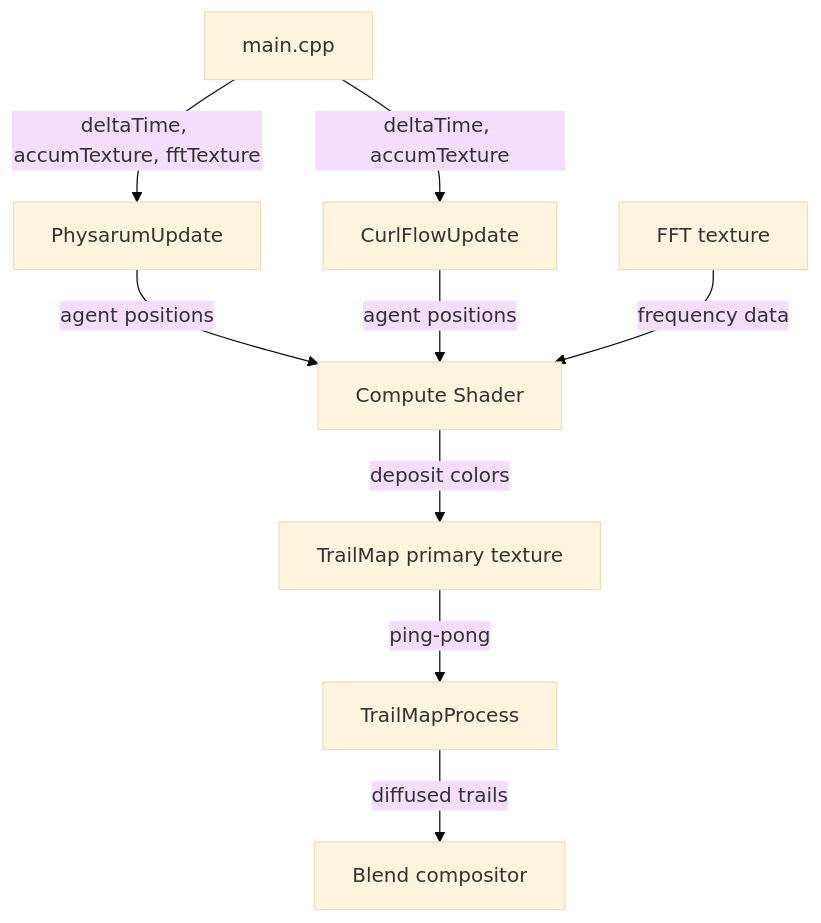
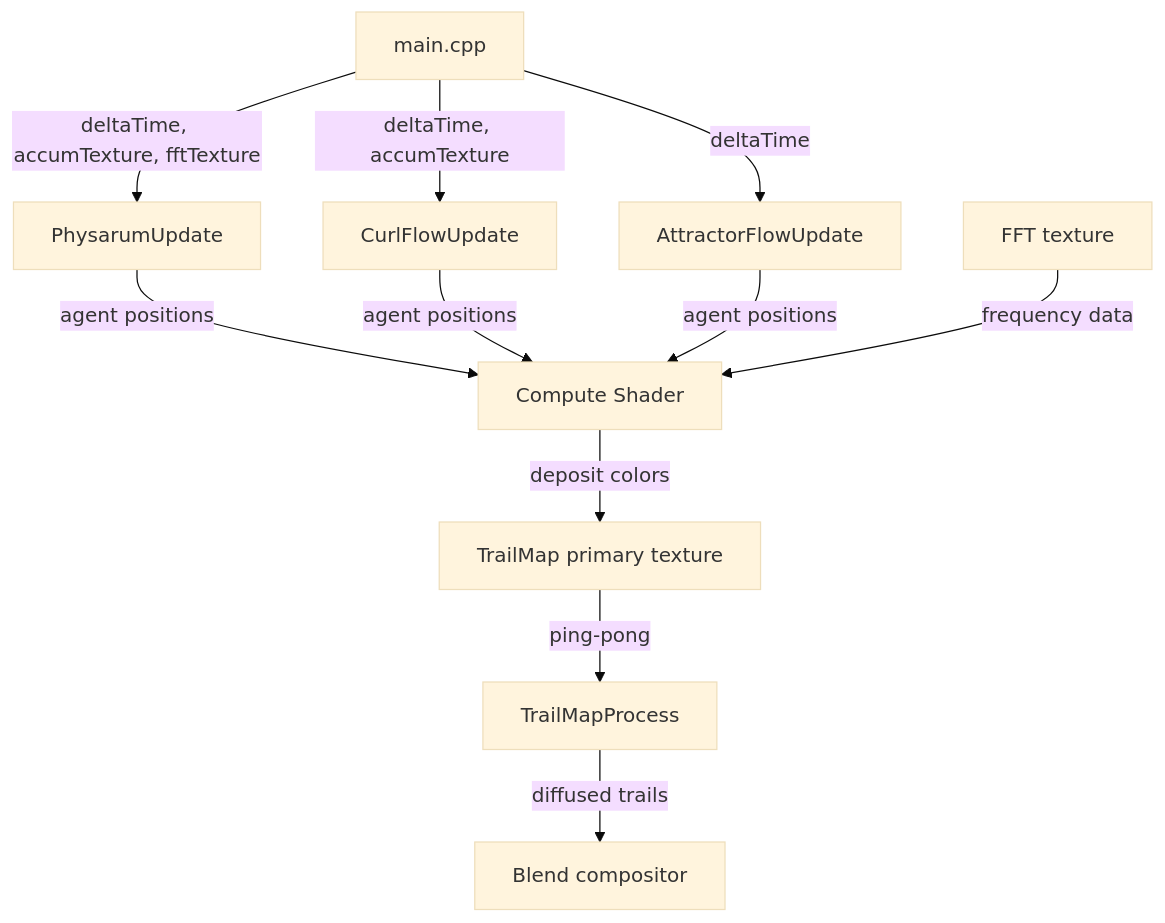
One commit to EvanLavender13/audio-jones changed the diagram in docs/modules/simulation.md. Above: the diagram before and after it, drawn with Mermaid (base theme). The commit also changed other lines of this file and 5 other files, not shown here.

First line of the commit message:
Sync architecture docs with Attractor Flow and render pipeline changes

````diff
--- a/docs/modules/simulation.md
+++ b/docs/modules/simulation.md
@@ -14,11 +15,13 @@
 ```mermaid
 graph TD
     A[main.cpp] -->|deltaTime, accumTexture, fftTexture| B[PhysarumUpdate]
     A -->|deltaTime, accumTexture| C[CurlFlowUpdate]
-    B -->|agent positions| D[Compute Shader]
-    C -->|agent positions| D
-    D -->|deposit colors| E[TrailMap primary texture]
-    E -->|ping-pong| F[TrailMapProcess]
-    F -->|diffused trails| G[Blend compositor]
-    H[FFT texture] -->|frequency data| D
+    A -->|deltaTime| D[AttractorFlowUpdate]
+    B -->|agent positions| E[Compute Shader]
+    C -->|agent positions| E
+    D -->|agent positions| E
+    E -->|deposit colors| F[TrailMap primary texture]
+    F -->|ping-pong| G[TrailMapProcess]
+    G -->|diffused trails| H[Blend compositor]
+    I[FFT texture] -->|frequency data| E
 ```
````
